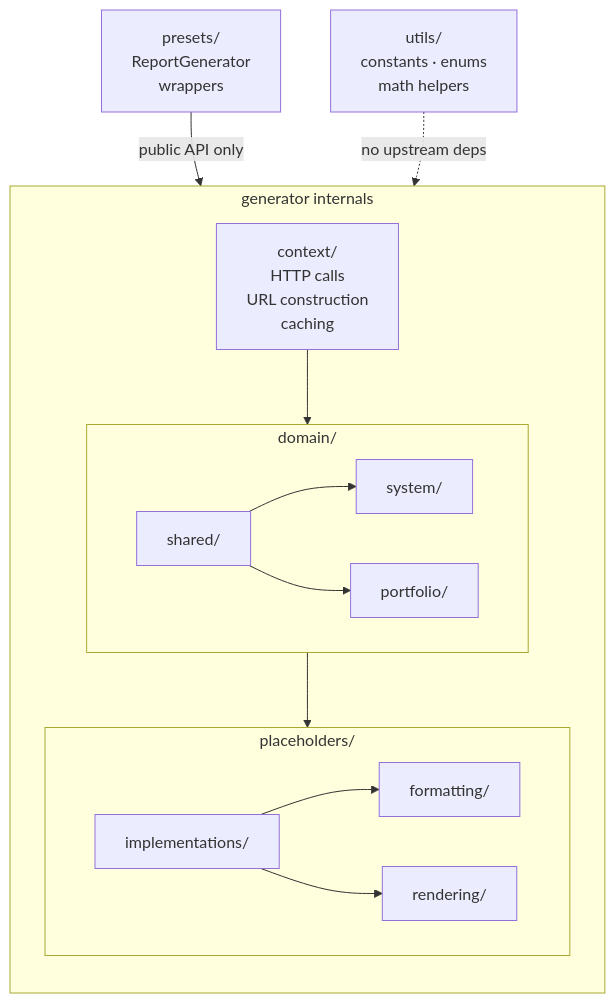
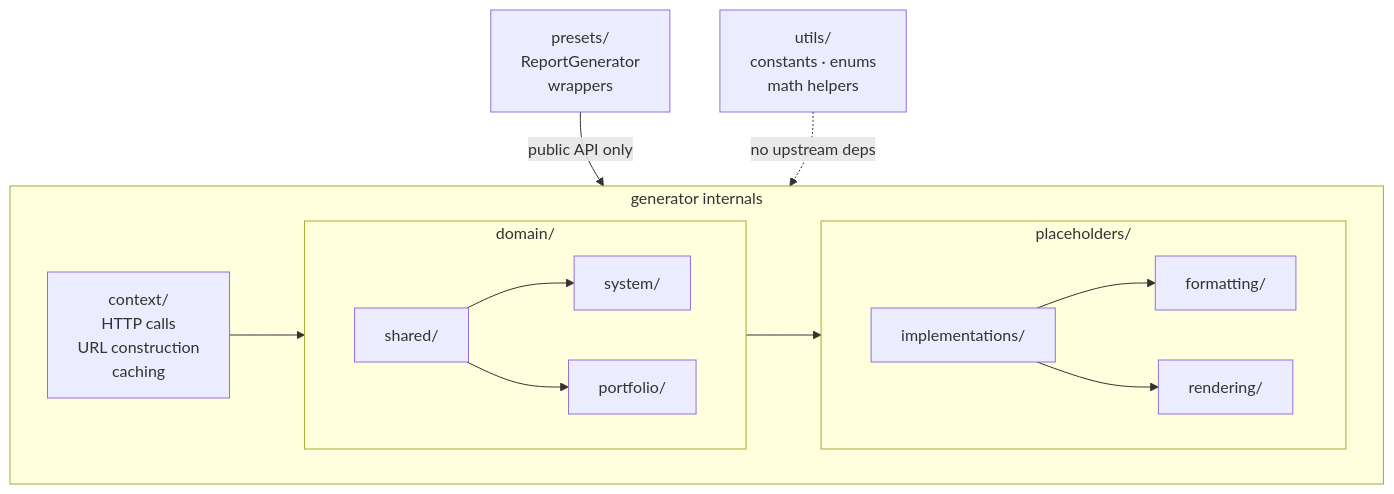
Before and after one commit to Software-Improvement-Group/sigrid-report-generator: the diagram in docs/architecture.md, drawn with Mermaid.

Commit message:
Mermaid diagram

````diff
--- a/docs/architecture.md
+++ b/docs/architecture.md
@@ -27,32 +27,31 @@
 ```mermaid
-flowchart TD
+flowchart TB
     utils["utils/<br/>constants · enums<br/>math helpers"]
 
     subgraph generator["generator internals"]
-        direction TD
         context["context/<br/>HTTP calls<br/>URL construction<br/>caching"]
 
         subgraph domain["domain/"]
             direction LR
             shared["shared/"] --> system["system/"]
             shared --> portfolio["portfolio/"]
         end
 
         subgraph ph["placeholders/"]
             direction LR
             impl["implementations/"]
             fmt["formatting/"]
             rend["rendering/"]
             impl --> fmt
             impl --> rend
         end
 
         context --> domain
         domain --> impl
     end
 
     presets["presets/<br/>ReportGenerator<br/>wrappers"]
 
     presets -->|public API only| generator
     utils -.->|no upstream deps| generator
 ```
````
